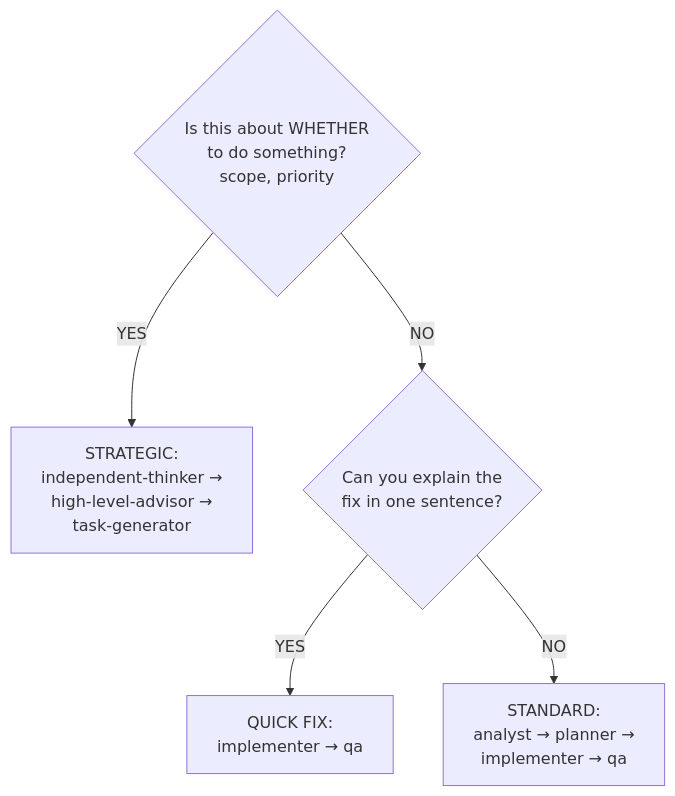
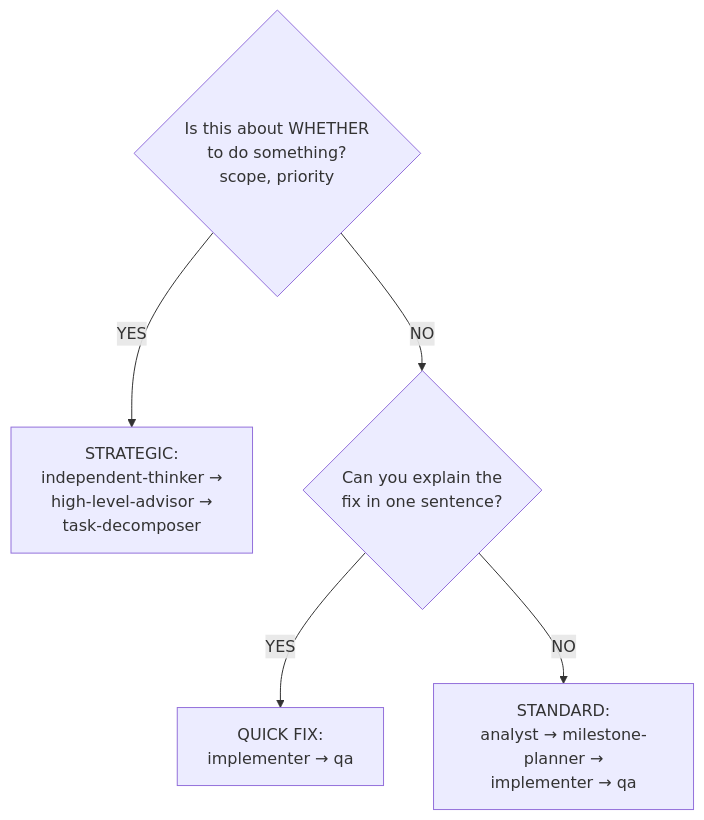
The diagram in .github/agents/orchestrator.agent.md (rjmurillo/ai-agents), drawn with Mermaid before and after one commit. The commit also changed other lines of this file and 159 other files, not shown here.

````diff
--- a/.github/agents/orchestrator.agent.md
+++ b/.github/agents/orchestrator.agent.md
@@ -605,7 +605,7 @@
 ```mermaid
 flowchart TB
-    A{Is this about WHETHER<br/>to do something?<br/>scope, priority} -->|YES| B[STRATEGIC:<br/>independent-thinker →<br/>high-level-advisor →<br/>task-generator]
+    A{Is this about WHETHER<br/>to do something?<br/>scope, priority} -->|YES| B[STRATEGIC:<br/>independent-thinker →<br/>high-level-advisor →<br/>task-decomposer]
     A -->|NO| C{Can you explain the<br/>fix in one sentence?}
     C -->|YES| D[QUICK FIX:<br/>implementer → qa]
-    C -->|NO| E[STANDARD:<br/>analyst → planner →<br/>implementer → qa]
+    C -->|NO| E[STANDARD:<br/>analyst → milestone-planner →<br/>implementer → qa]
 ```
````
